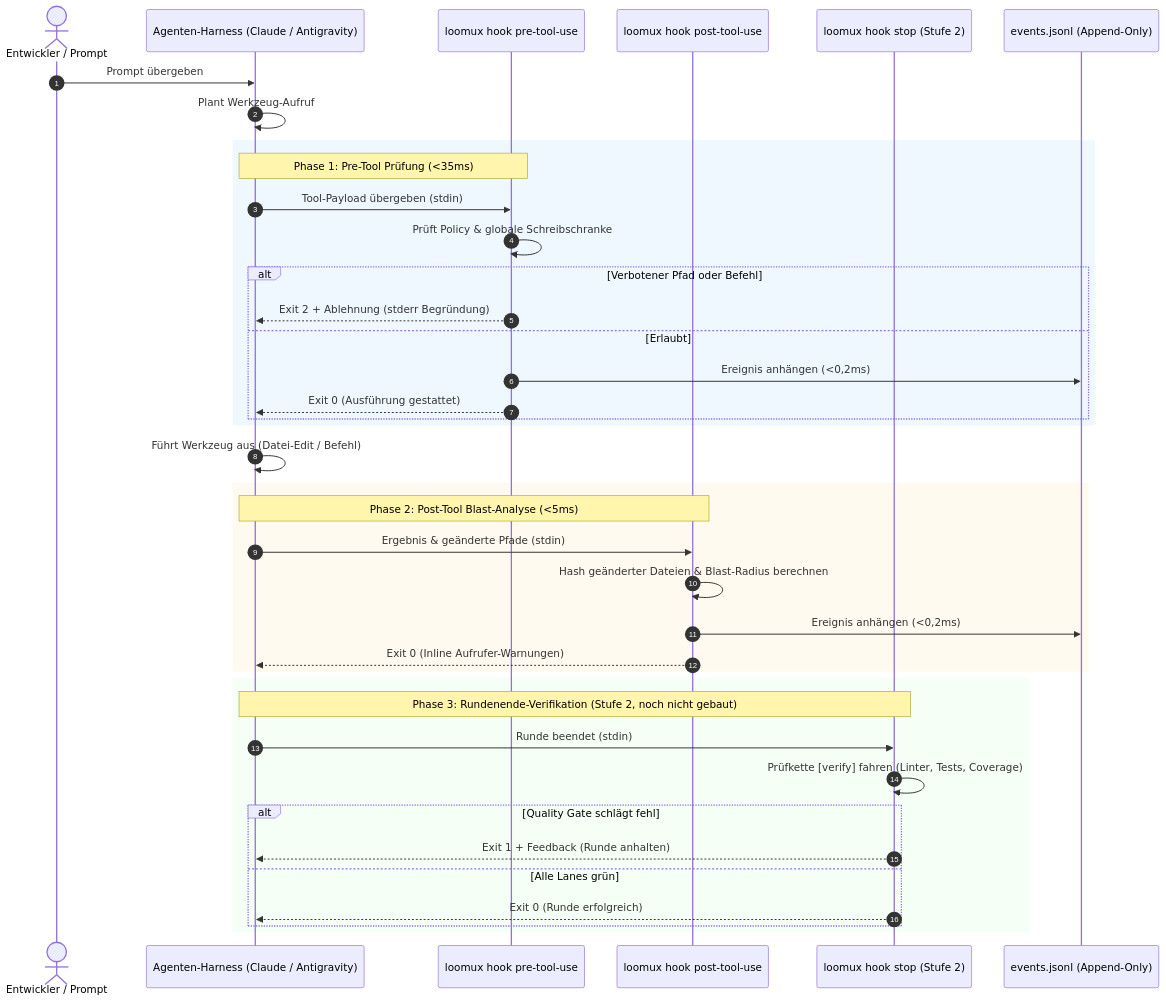
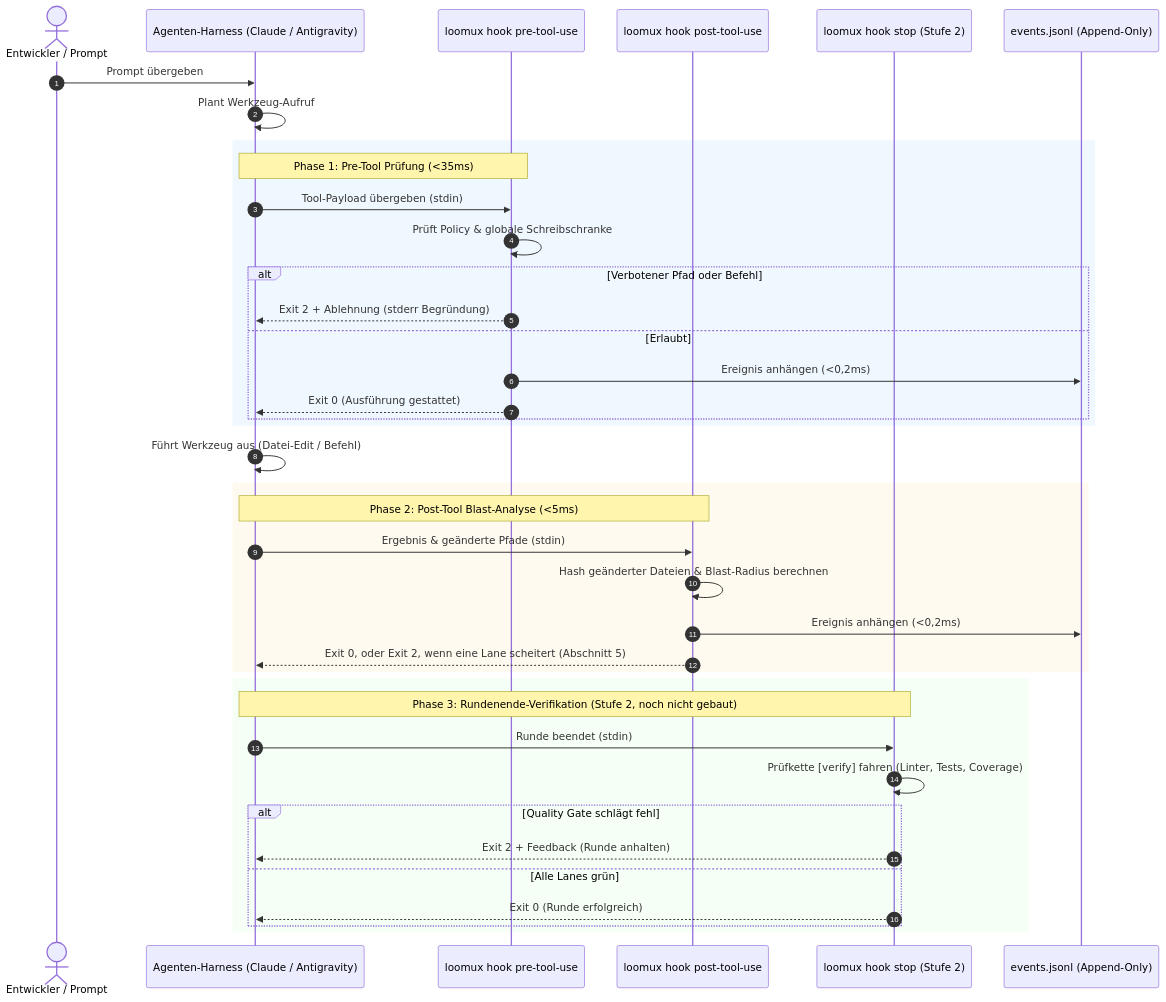
One commit to xidus90/loomux changed the first of 3 diagrams in docs/de/hooks.md. Above: the diagram before and after it, drawn with Mermaid. The commit also changed other lines of this file and 1 other file, not shown here.

Commit message:
Give the lifecycle diagram the exit codes the hooks use
post-tool-use leaves with 2 when a lane fails, and the stop gate of
stage 2 holds a turn with 2, not 1. The German worktree section calls the
missing list of junctions a register rather than a directory.

````diff
--- a/docs/de/hooks.md
+++ b/docs/de/hooks.md
@@ -11,46 +11,46 @@
 ```mermaid
 sequenceDiagram
     autonumber
     actor Dev as Entwickler / Prompt
     participant Host as Agenten-Harness (Claude / Antigravity)
     participant Pre as loomux hook pre-tool-use
     participant Post as loomux hook post-tool-use
     participant Stop as loomux hook stop (Stufe 2)
     participant Journal as events.jsonl (Append-Only)
 
     Dev->>Host: Prompt übergeben
     Host->>Host: Plant Werkzeug-Aufruf
 
     rect rgb(240, 248, 255)
     Note over Host,Pre: Phase 1: Pre-Tool Prüfung (<35ms)
     Host->>Pre: Tool-Payload übergeben (stdin)
     Pre->>Pre: Prüft Policy & globale Schreibschranke
     alt Verbotener Pfad oder Befehl
         Pre-->>Host: Exit 2 + Ablehnung (stderr Begründung)
     else Erlaubt
         Pre->>Journal: Ereignis anhängen (<0,2ms)
         Pre-->>Host: Exit 0 (Ausführung gestattet)
     end
     end
 
     Host->>Host: Führt Werkzeug aus (Datei-Edit / Befehl)
 
     rect rgb(255, 250, 240)
     Note over Host,Post: Phase 2: Post-Tool Blast-Analyse (<5ms)
     Host->>Post: Ergebnis & geänderte Pfade (stdin)
     Post->>Post: Hash geänderter Dateien & Blast-Radius berechnen
     Post->>Journal: Ereignis anhängen (<0,2ms)
-    Post-->>Host: Exit 0 (Inline Aufrufer-Warnungen)
+    Post-->>Host: Exit 0, oder Exit 2, wenn eine Lane scheitert (Abschnitt 5)
     end
 
     rect rgb(245, 255, 245)
     Note over Host,Stop: Phase 3: Rundenende-Verifikation (Stufe 2, noch nicht gebaut)
     Host->>Stop: Runde beendet (stdin)
     Stop->>Stop: Prüfkette [verify] fahren (Linter, Tests, Coverage)
     alt Quality Gate schlägt fehl
-        Stop-->>Host: Exit 1 + Feedback (Runde anhalten)
+        Stop-->>Host: Exit 2 + Feedback (Runde anhalten)
     else Alle Lanes grün
         Stop-->>Host: Exit 0 (Runde erfolgreich)
     end
     end
 ```
````
